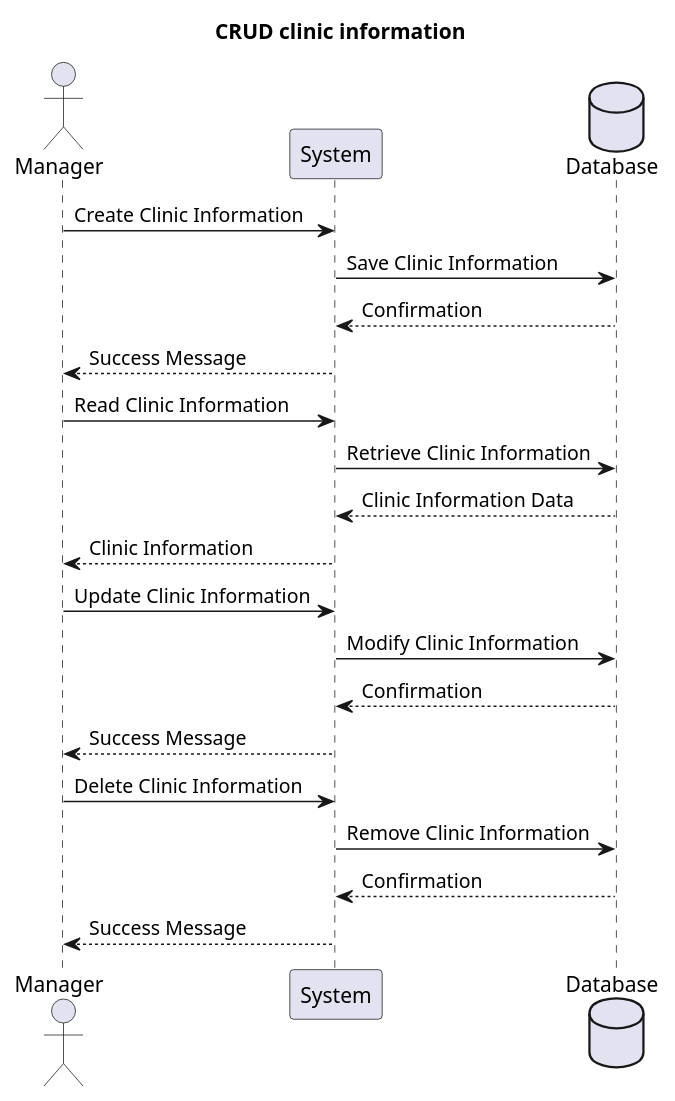
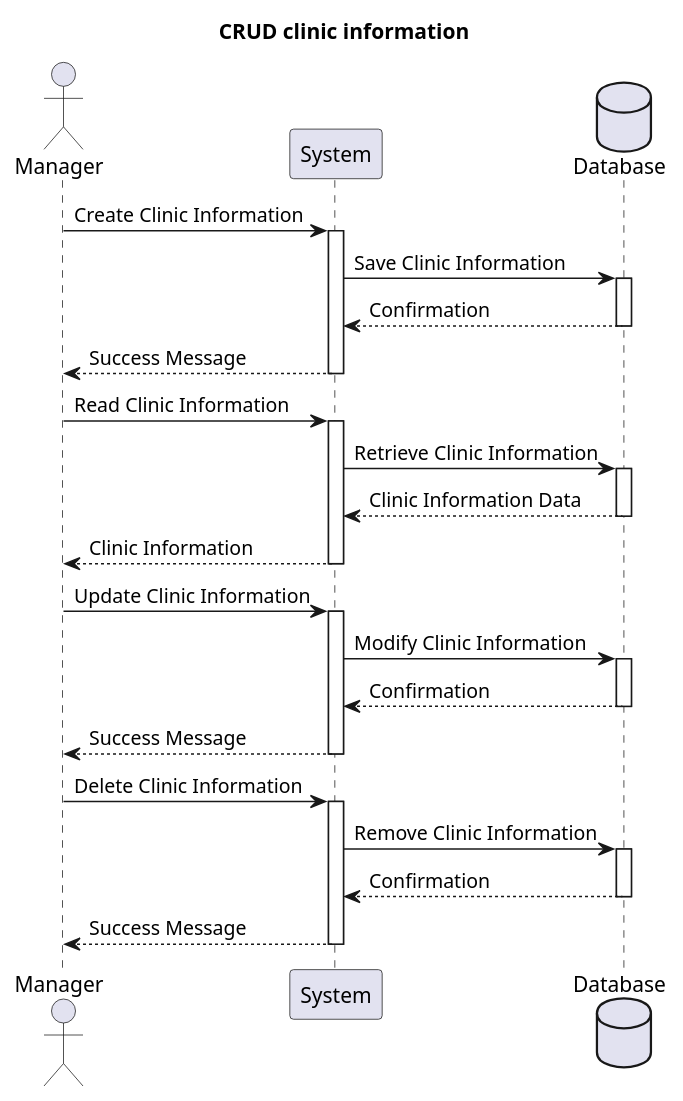
One commit to baonehe/SE357-Pratice-class changed the diagram in Lab1.2/Sequence diagram/Code/CRUD dentail clinic information_seq.wsd. Above: the diagram before and after it, drawn with PlantUML. The commit also changed 99 other files, not shown here.

Commit message:
Update sequence diagram

```diff
--- a/Lab1.2/Sequence diagram/Code/CRUD dentail clinic information_seq.wsd
+++ b/Lab1.2/Sequence diagram/Code/CRUD dentail clinic information_seq.wsd
@@ -1,28 +1,44 @@
 @startuml
-title CRUD clinic information 
+title CRUD clinic information
 
 actor Manager
 participant System
 Database Database
 
-Manager -> System : Create Clinic Information
-System -> Database : Save Clinic Information
-Database --> System : Confirmation
-System --> Manager : Success Message
+Manager -> System: Create Clinic Information
+activate System
+System -> Database: Save Clinic Information
+activate Database
+Database --> System: Confirmation
+deactivate Database
+System --> Manager: Success Message
+deactivate System
 
-Manager -> System : Read Clinic Information
-System -> Database : Retrieve Clinic Information
-Database --> System : Clinic Information Data
-System --> Manager : Clinic Information
+Manager -> System: Read Clinic Information
+activate System
+System -> Database: Retrieve Clinic Information
+activate Database
+Database --> System: Clinic Information Data
+deactivate Database
+System --> Manager: Clinic Information
+deactivate System
 
-Manager -> System : Update Clinic Information
-System -> Database : Modify Clinic Information
-Database --> System : Confirmation
-System --> Manager : Success Message
+Manager -> System: Update Clinic Information
+activate System
+System -> Database: Modify Clinic Information
+activate Database
+Database --> System: Confirmation
+deactivate Database
+System --> Manager: Success Message
+deactivate System
 
-Manager -> System : Delete Clinic Information
-System -> Database : Remove Clinic Information
-Database --> System : Confirmation
-System --> Manager : Success Message
+Manager -> System: Delete Clinic Information
+activate System
+System -> Database: Remove Clinic Information
+activate Database
+Database --> System: Confirmation
+deactivate Database
+System --> Manager: Success Message
+deactivate System
 
 @enduml
```
